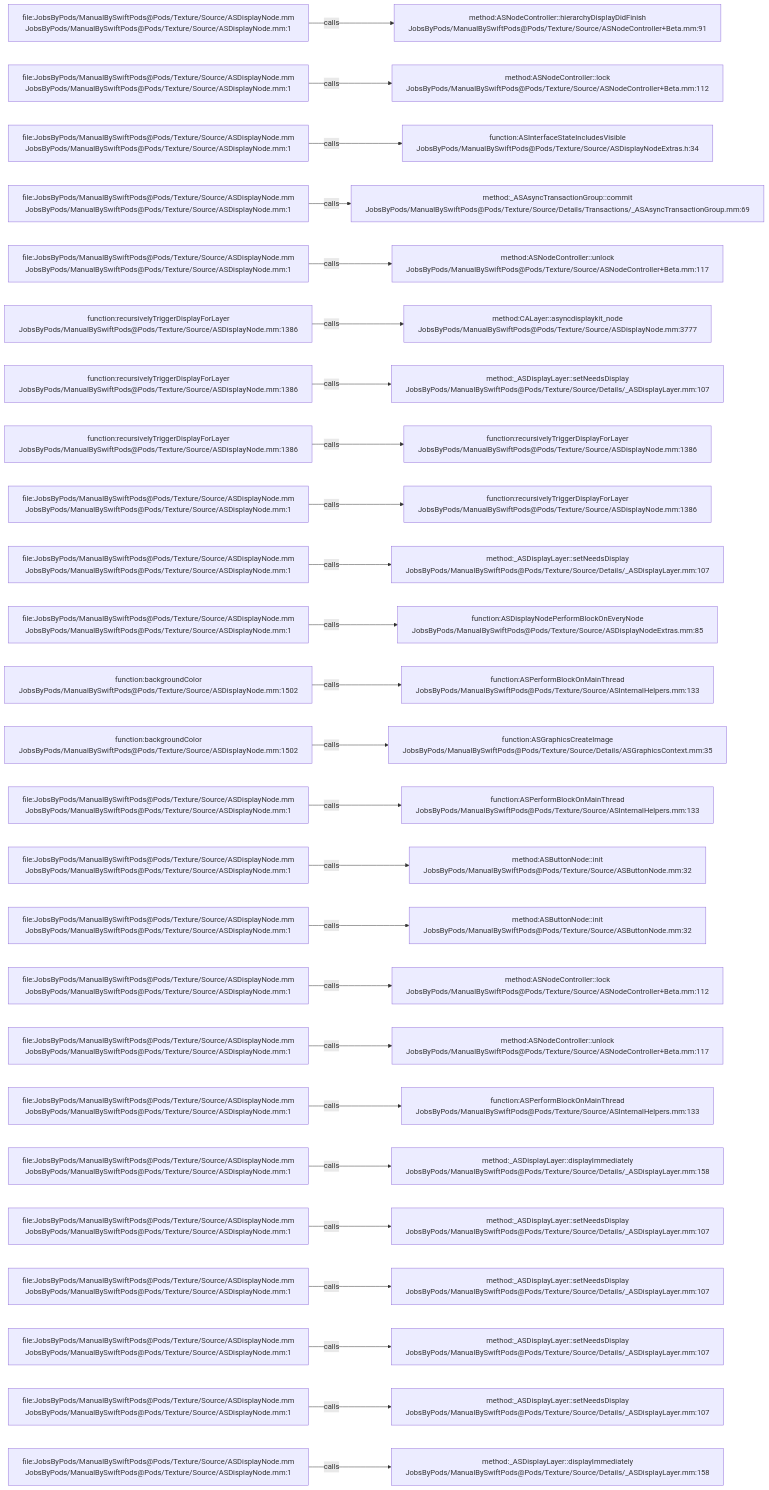
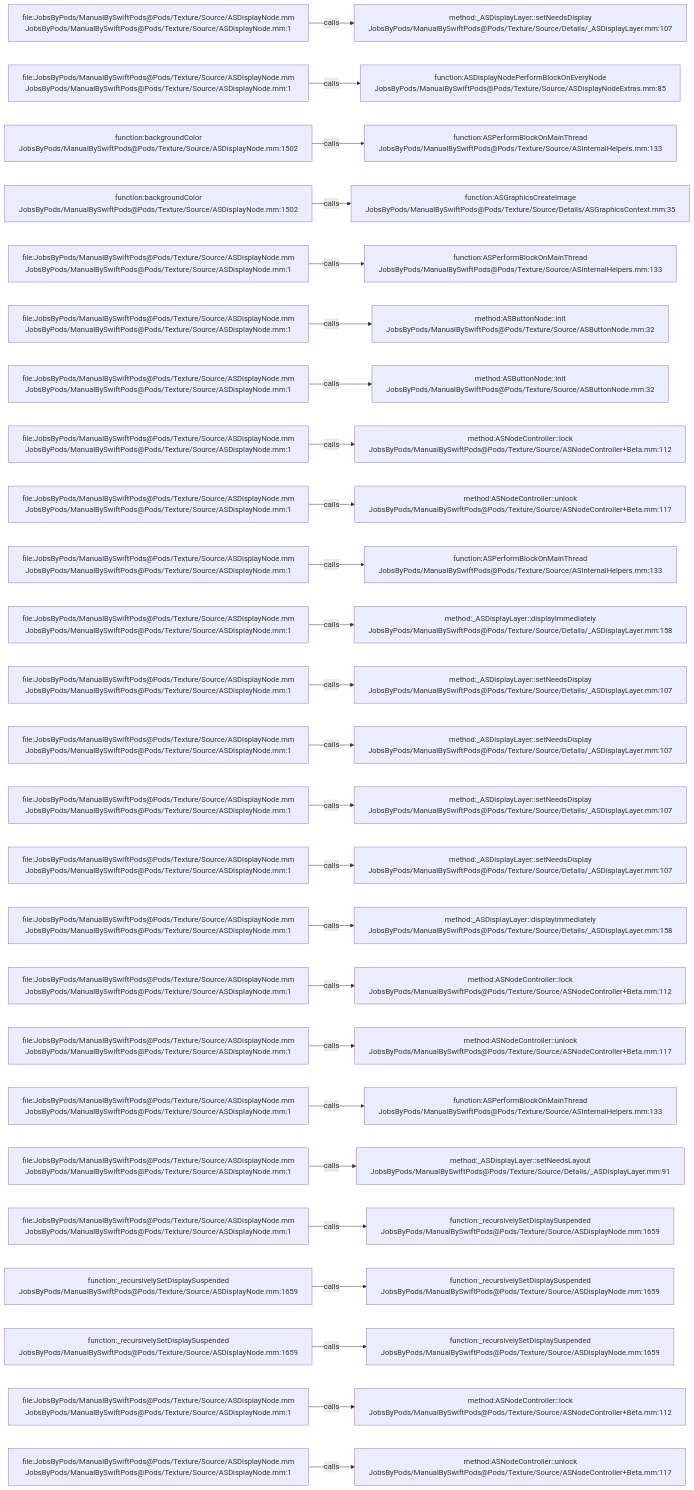
The diagram in .codegraph/codegraph.md/graphs/calls-030.md (JobsKits/JobsSwiftBaseConfigDemo), drawn with Mermaid before and after one commit. The commit also changed 707 other files, not shown here.

````diff
--- a/.codegraph/codegraph.md/graphs/calls-030.md
+++ b/.codegraph/codegraph.md/graphs/calls-030.md
@@ -13,78 +13,78 @@
 ```mermaid
 flowchart LR
   S1["file:JobsByPods/ManualBySwiftPods@Pods/Texture/Source/ASDisplayNode.mm<br/>JobsByPods/ManualBySwiftPods@Pods/Texture/Source/ASDisplayNode.mm:1"]
-  T1["method:ASNodeController::hierarchyDisplayDidFinish<br/>JobsByPods/ManualBySwiftPods@Pods/Texture/Source/ASNodeController+Beta.mm:91"]
+  T1["method:_ASDisplayLayer::setNeedsDisplay<br/>JobsByPods/ManualBySwiftPods@Pods/Texture/Source/Details/_ASDisplayLayer.mm:107"]
   S1 -->|calls| T1
   S2["file:JobsByPods/ManualBySwiftPods@Pods/Texture/Source/ASDisplayNode.mm<br/>JobsByPods/ManualBySwiftPods@Pods/Texture/Source/ASDisplayNode.mm:1"]
-  T2["method:ASNodeController::lock<br/>JobsByPods/ManualBySwiftPods@Pods/Texture/Source/ASNodeController+Beta.mm:112"]
+  T2["function:ASDisplayNodePerformBlockOnEveryNode<br/>JobsByPods/ManualBySwiftPods@Pods/Texture/Source/ASDisplayNodeExtras.mm:85"]
   S2 -->|calls| T2
-  S3["file:JobsByPods/ManualBySwiftPods@Pods/Texture/Source/ASDisplayNode.mm<br/>JobsByPods/ManualBySwiftPods@Pods/Texture/Source/ASDisplayNode.mm:1"]
-  T3["function:ASInterfaceStateIncludesVisible<br/>JobsByPods/ManualBySwiftPods@Pods/Texture/Source/ASDisplayNodeExtras.h:34"]
+  S3["function:backgroundColor<br/>JobsByPods/ManualBySwiftPods@Pods/Texture/Source/ASDisplayNode.mm:1502"]
+  T3["function:ASPerformBlockOnMainThread<br/>JobsByPods/ManualBySwiftPods@Pods/Texture/Source/ASInternalHelpers.mm:133"]
   S3 -->|calls| T3
-  S4["file:JobsByPods/ManualBySwiftPods@Pods/Texture/Source/ASDisplayNode.mm<br/>JobsByPods/ManualBySwiftPods@Pods/Texture/Source/ASDisplayNode.mm:1"]
-  T4["method:_ASAsyncTransactionGroup::commit<br/>JobsByPods/ManualBySwiftPods@Pods/Texture/Source/Details/Transactions/_ASAsyncTransactionGroup.mm:69"]
+  S4["function:backgroundColor<br/>JobsByPods/ManualBySwiftPods@Pods/Texture/Source/ASDisplayNode.mm:1502"]
+  T4["function:ASGraphicsCreateImage<br/>JobsByPods/ManualBySwiftPods@Pods/Texture/Source/Details/ASGraphicsContext.mm:35"]
   S4 -->|calls| T4
   S5["file:JobsByPods/ManualBySwiftPods@Pods/Texture/Source/ASDisplayNode.mm<br/>JobsByPods/ManualBySwiftPods@Pods/Texture/Source/ASDisplayNode.mm:1"]
-  T5["method:ASNodeController::unlock<br/>JobsByPods/ManualBySwiftPods@Pods/Texture/Source/ASNodeController+Beta.mm:117"]
+  T5["function:ASPerformBlockOnMainThread<br/>JobsByPods/ManualBySwiftPods@Pods/Texture/Source/ASInternalHelpers.mm:133"]
   S5 -->|calls| T5
-  S6["function:recursivelyTriggerDisplayForLayer<br/>JobsByPods/ManualBySwiftPods@Pods/Texture/Source/ASDisplayNode.mm:1386"]
-  T6["method:CALayer::asyncdisplaykit_node<br/>JobsByPods/ManualBySwiftPods@Pods/Texture/Source/ASDisplayNode.mm:3777"]
+  S6["file:JobsByPods/ManualBySwiftPods@Pods/Texture/Source/ASDisplayNode.mm<br/>JobsByPods/ManualBySwiftPods@Pods/Texture/Source/ASDisplayNode.mm:1"]
+  T6["method:ASButtonNode::init<br/>JobsByPods/ManualBySwiftPods@Pods/Texture/Source/ASButtonNode.mm:32"]
   S6 -->|calls| T6
-  S7["function:recursivelyTriggerDisplayForLayer<br/>JobsByPods/ManualBySwiftPods@Pods/Texture/Source/ASDisplayNode.mm:1386"]
-  T7["method:_ASDisplayLayer::setNeedsDisplay<br/>JobsByPods/ManualBySwiftPods@Pods/Texture/Source/Details/_ASDisplayLayer.mm:107"]
+  S7["file:JobsByPods/ManualBySwiftPods@Pods/Texture/Source/ASDisplayNode.mm<br/>JobsByPods/ManualBySwiftPods@Pods/Texture/Source/ASDisplayNode.mm:1"]
+  T7["method:ASButtonNode::init<br/>JobsByPods/ManualBySwiftPods@Pods/Texture/Source/ASButtonNode.mm:32"]
   S7 -->|calls| T7
-  S8["function:recursivelyTriggerDisplayForLayer<br/>JobsByPods/ManualBySwiftPods@Pods/Texture/Source/ASDisplayNode.mm:1386"]
-  T8["function:recursivelyTriggerDisplayForLayer<br/>JobsByPods/ManualBySwiftPods@Pods/Texture/Source/ASDisplayNode.mm:1386"]
+  S8["file:JobsByPods/ManualBySwiftPods@Pods/Texture/Source/ASDisplayNode.mm<br/>JobsByPods/ManualBySwiftPods@Pods/Texture/Source/ASDisplayNode.mm:1"]
+  T8["method:ASNodeController::lock<br/>JobsByPods/ManualBySwiftPods@Pods/Texture/Source/ASNodeController+Beta.mm:112"]
   S8 -->|calls| T8
   S9["file:JobsByPods/ManualBySwiftPods@Pods/Texture/Source/ASDisplayNode.mm<br/>JobsByPods/ManualBySwiftPods@Pods/Texture/Source/ASDisplayNode.mm:1"]
-  T9["function:recursivelyTriggerDisplayForLayer<br/>JobsByPods/ManualBySwiftPods@Pods/Texture/Source/ASDisplayNode.mm:1386"]
+  T9["method:ASNodeController::unlock<br/>JobsByPods/ManualBySwiftPods@Pods/Texture/Source/ASNodeController+Beta.mm:117"]
   S9 -->|calls| T9
   S10["file:JobsByPods/ManualBySwiftPods@Pods/Texture/Source/ASDisplayNode.mm<br/>JobsByPods/ManualBySwiftPods@Pods/Texture/Source/ASDisplayNode.mm:1"]
-  T10["method:_ASDisplayLayer::setNeedsDisplay<br/>JobsByPods/ManualBySwiftPods@Pods/Texture/Source/Details/_ASDisplayLayer.mm:107"]
+  T10["function:ASPerformBlockOnMainThread<br/>JobsByPods/ManualBySwiftPods@Pods/Texture/Source/ASInternalHelpers.mm:133"]
   S10 -->|calls| T10
   S11["file:JobsByPods/ManualBySwiftPods@Pods/Texture/Source/ASDisplayNode.mm<br/>JobsByPods/ManualBySwiftPods@Pods/Texture/Source/ASDisplayNode.mm:1"]
-  T11["function:ASDisplayNodePerformBlockOnEveryNode<br/>JobsByPods/ManualBySwiftPods@Pods/Texture/Source/ASDisplayNodeExtras.mm:85"]
+  T11["method:_ASDisplayLayer::displayImmediately<br/>JobsByPods/ManualBySwiftPods@Pods/Texture/Source/Details/_ASDisplayLayer.mm:158"]
   S11 -->|calls| T11
-  S12["function:backgroundColor<br/>JobsByPods/ManualBySwiftPods@Pods/Texture/Source/ASDisplayNode.mm:1502"]
-  T12["function:ASPerformBlockOnMainThread<br/>JobsByPods/ManualBySwiftPods@Pods/Texture/Source/ASInternalHelpers.mm:133"]
+  S12["file:JobsByPods/ManualBySwiftPods@Pods/Texture/Source/ASDisplayNode.mm<br/>JobsByPods/ManualBySwiftPods@Pods/Texture/Source/ASDisplayNode.mm:1"]
+  T12["method:_ASDisplayLayer::setNeedsDisplay<br/>JobsByPods/ManualBySwiftPods@Pods/Texture/Source/Details/_ASDisplayLayer.mm:107"]
   S12 -->|calls| T12
-  S13["function:backgroundColor<br/>JobsByPods/ManualBySwiftPods@Pods/Texture/Source/ASDisplayNode.mm:1502"]
-  T13["function:ASGraphicsCreateImage<br/>JobsByPods/ManualBySwiftPods@Pods/Texture/Source/Details/ASGraphicsContext.mm:35"]
+  S13["file:JobsByPods/ManualBySwiftPods@Pods/Texture/Source/ASDisplayNode.mm<br/>JobsByPods/ManualBySwiftPods@Pods/Texture/Source/ASDisplayNode.mm:1"]
+  T13["method:_ASDisplayLayer::setNeedsDisplay<br/>JobsByPods/ManualBySwiftPods@Pods/Texture/Source/Details/_ASDisplayLayer.mm:107"]
   S13 -->|calls| T13
   S14["file:JobsByPods/ManualBySwiftPods@Pods/Texture/Source/ASDisplayNode.mm<br/>JobsByPods/ManualBySwiftPods@Pods/Texture/Source/ASDisplayNode.mm:1"]
-  T14["function:ASPerformBlockOnMainThread<br/>JobsByPods/ManualBySwiftPods@Pods/Texture/Source/ASInternalHelpers.mm:133"]
+  T14["method:_ASDisplayLayer::setNeedsDisplay<br/>JobsByPods/ManualBySwiftPods@Pods/Texture/Source/Details/_ASDisplayLayer.mm:107"]
   S14 -->|calls| T14
   S15["file:JobsByPods/ManualBySwiftPods@Pods/Texture/Source/ASDisplayNode.mm<br/>JobsByPods/ManualBySwiftPods@Pods/Texture/Source/ASDisplayNode.mm:1"]
-  T15["method:ASButtonNode::init<br/>JobsByPods/ManualBySwiftPods@Pods/Texture/Source/ASButtonNode.mm:32"]
+  T15["method:_ASDisplayLayer::setNeedsDisplay<br/>JobsByPods/ManualBySwiftPods@Pods/Texture/Source/Details/_ASDisplayLayer.mm:107"]
   S15 -->|calls| T15
   S16["file:JobsByPods/ManualBySwiftPods@Pods/Texture/Source/ASDisplayNode.mm<br/>JobsByPods/ManualBySwiftPods@Pods/Texture/Source/ASDisplayNode.mm:1"]
-  T16["method:ASButtonNode::init<br/>JobsByPods/ManualBySwiftPods@Pods/Texture/Source/ASButtonNode.mm:32"]
+  T16["method:_ASDisplayLayer::displayImmediately<br/>JobsByPods/ManualBySwiftPods@Pods/Texture/Source/Details/_ASDisplayLayer.mm:158"]
   S16 -->|calls| T16
   S17["file:JobsByPods/ManualBySwiftPods@Pods/Texture/Source/ASDisplayNode.mm<br/>JobsByPods/ManualBySwiftPods@Pods/Texture/Source/ASDisplayNode.mm:1"]
   T17["method:ASNodeController::lock<br/>JobsByPods/ManualBySwiftPods@Pods/Texture/Source/ASNodeController+Beta.mm:112"]
   S17 -->|calls| T17
   S18["file:JobsByPods/ManualBySwiftPods@Pods/Texture/Source/ASDisplayNode.mm<br/>JobsByPods/ManualBySwiftPods@Pods/Texture/Source/ASDisplayNode.mm:1"]
   T18["method:ASNodeController::unlock<br/>JobsByPods/ManualBySwiftPods@Pods/Texture/Source/ASNodeController+Beta.mm:117"]
   S18 -->|calls| T18
   S19["file:JobsByPods/ManualBySwiftPods@Pods/Texture/Source/ASDisplayNode.mm<br/>JobsByPods/ManualBySwiftPods@Pods/Texture/Source/ASDisplayNode.mm:1"]
   T19["function:ASPerformBlockOnMainThread<br/>JobsByPods/ManualBySwiftPods@Pods/Texture/Source/ASInternalHelpers.mm:133"]
   S19 -->|calls| T19
   S20["file:JobsByPods/ManualBySwiftPods@Pods/Texture/Source/ASDisplayNode.mm<br/>JobsByPods/ManualBySwiftPods@Pods/Texture/Source/ASDisplayNode.mm:1"]
-  T20["method:_ASDisplayLayer::displayImmediately<br/>JobsByPods/ManualBySwiftPods@Pods/Texture/Source/Details/_ASDisplayLayer.mm:158"]
+  T20["method:_ASDisplayLayer::setNeedsLayout<br/>JobsByPods/ManualBySwiftPods@Pods/Texture/Source/Details/_ASDisplayLayer.mm:91"]
   S20 -->|calls| T20
   S21["file:JobsByPods/ManualBySwiftPods@Pods/Texture/Source/ASDisplayNode.mm<br/>JobsByPods/ManualBySwiftPods@Pods/Texture/Source/ASDisplayNode.mm:1"]
-  T21["method:_ASDisplayLayer::setNeedsDisplay<br/>JobsByPods/ManualBySwiftPods@Pods/Texture/Source/Details/_ASDisplayLayer.mm:107"]
+  T21["function:_recursivelySetDisplaySuspended<br/>JobsByPods/ManualBySwiftPods@Pods/Texture/Source/ASDisplayNode.mm:1659"]
   S21 -->|calls| T21
-  S22["file:JobsByPods/ManualBySwiftPods@Pods/Texture/Source/ASDisplayNode.mm<br/>JobsByPods/ManualBySwiftPods@Pods/Texture/Source/ASDisplayNode.mm:1"]
-  T22["method:_ASDisplayLayer::setNeedsDisplay<br/>JobsByPods/ManualBySwiftPods@Pods/Texture/Source/Details/_ASDisplayLayer.mm:107"]
+  S22["function:_recursivelySetDisplaySuspended<br/>JobsByPods/ManualBySwiftPods@Pods/Texture/Source/ASDisplayNode.mm:1659"]
+  T22["function:_recursivelySetDisplaySuspended<br/>JobsByPods/ManualBySwiftPods@Pods/Texture/Source/ASDisplayNode.mm:1659"]
   S22 -->|calls| T22
-  S23["file:JobsByPods/ManualBySwiftPods@Pods/Texture/Source/ASDisplayNode.mm<br/>JobsByPods/ManualBySwiftPods@Pods/Texture/Source/ASDisplayNode.mm:1"]
-  T23["method:_ASDisplayLayer::setNeedsDisplay<br/>JobsByPods/ManualBySwiftPods@Pods/Texture/Source/Details/_ASDisplayLayer.mm:107"]
+  S23["function:_recursivelySetDisplaySuspended<br/>JobsByPods/ManualBySwiftPods@Pods/Texture/Source/ASDisplayNode.mm:1659"]
+  T23["function:_recursivelySetDisplaySuspended<br/>JobsByPods/ManualBySwiftPods@Pods/Texture/Source/ASDisplayNode.mm:1659"]
   S23 -->|calls| T23
   S24["file:JobsByPods/ManualBySwiftPods@Pods/Texture/Source/ASDisplayNode.mm<br/>JobsByPods/ManualBySwiftPods@Pods/Texture/Source/ASDisplayNode.mm:1"]
-  T24["method:_ASDisplayLayer::setNeedsDisplay<br/>JobsByPods/ManualBySwiftPods@Pods/Texture/Source/Details/_ASDisplayLayer.mm:107"]
+  T24["method:ASNodeController::lock<br/>JobsByPods/ManualBySwiftPods@Pods/Texture/Source/ASNodeController+Beta.mm:112"]
   S24 -->|calls| T24
   S25["file:JobsByPods/ManualBySwiftPods@Pods/Texture/Source/ASDisplayNode.mm<br/>JobsByPods/ManualBySwiftPods@Pods/Texture/Source/ASDisplayNode.mm:1"]
-  T25["method:_ASDisplayLayer::displayImmediately<br/>JobsByPods/ManualBySwiftPods@Pods/Texture/Source/Details/_ASDisplayLayer.mm:158"]
+  T25["method:ASNodeController::unlock<br/>JobsByPods/ManualBySwiftPods@Pods/Texture/Source/ASNodeController+Beta.mm:117"]
   S25 -->|calls| T25
 ```
````
